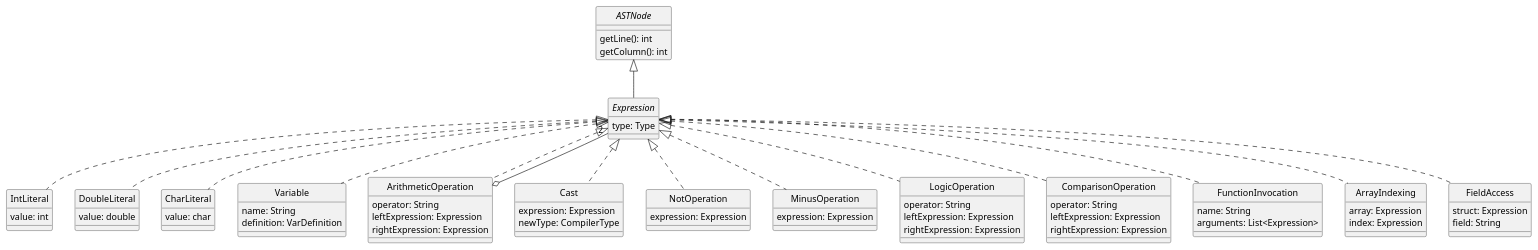
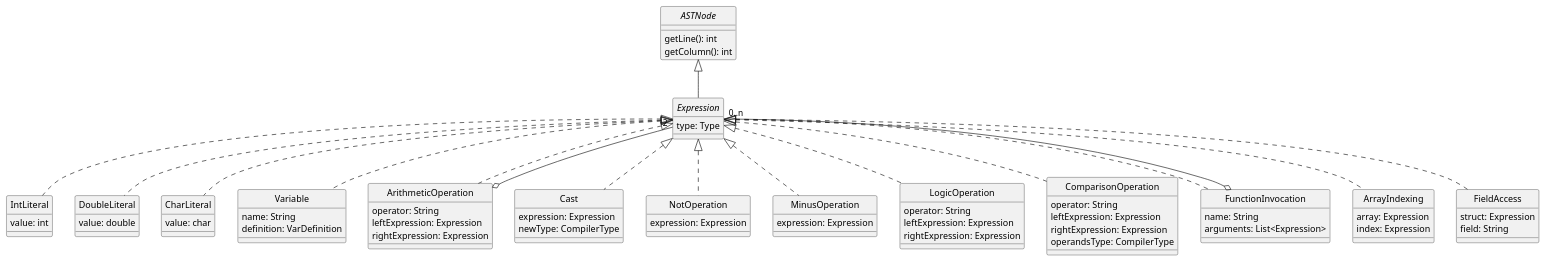
Before and after one commit to DavidGonzalezFernandez/dlp-compiler: the diagram in docs/diagrams/expressions.plantuml, drawn with PlantUML. The commit also changed 5 other files, not shown here.

```diff
--- a/docs/diagrams/expressions.plantuml
+++ b/docs/diagrams/expressions.plantuml
@@ -1,115 +1,117 @@
 @startuml Expressions
 skinparam style strictuml
 skinparam monochrome true
 
 
 interface ASTNode {
     getLine(): int
     getColumn(): int
 }
 
 interface Expression {
     type: Type
 }
 ASTNode <|-- Expression
 
 
 class IntLiteral {
     value: int
 }
 Expression <|.. IntLiteral
 
 
 class DoubleLiteral {
     value: double
 }
 Expression <|.. DoubleLiteral
 
 
 class CharLiteral {
     value: char
 }
 Expression <|.. CharLiteral
 
 
 class Variable {
     name: String
     definition: VarDefinition
 }
 Expression <|.. Variable
 
 
 class ArithmeticOperation {
     operator: String
     leftExpression: Expression
     rightExpression: Expression
 }
 Expression <|.. ArithmeticOperation
 ArithmeticOperation o-- "2" Expression
 
 
 ' La conversión explícita a tipos simples se podrá realizar usando la palabra clave as
 class Cast {
     expression: Expression
     newType: CompilerType   /'Tiene que ser de tipo simple'/
 }
 Expression <|.. Cast
 
 
 ' Las operaciones NOT y MINUS no se ponen en la misma clase
 class NotOperation {
     ' No necesita especificar el operador
     expression: Expression
 }
 Expression <|.. NotOperation
 
 
 class MinusOperation {
     ' No necesita especificar el operador
     expression: Expression
 }
 Expression <|.. MinusOperation
 
 
 ' Operaciones de comparación y lógicas no son iguales
 class LogicOperation {
     operator: String
     leftExpression: Expression
     rightExpression: Expression
 }
 Expression <|.. LogicOperation
 
 
 class ComparisonOperation {
     operator: String
     leftExpression: Expression
     rightExpression: Expression
+    operandsType: CompilerType
 }
 Expression <|.. ComparisonOperation
 
 
 ' Una función puede no devolver nada, tiene tipo de retorno Void
 ' Se puede invocar a una función y no almacenar lo que devuelve
 ' Sea como sea, devuelve algo, así que es una expresión
 class FunctionInvocation {
     name: String
     arguments: List<Expression>
 }
 Expression <|.. FunctionInvocation
+FunctionInvocation o-- "0..n" Expression
 
 
 class ArrayIndexing {
     array: Expression       /'TODO qué tipo es'/
     index: Expression
 }
 Expression <|.. ArrayIndexing
 
 
 class FieldAccess {
     struct: Expression      /'TODO qué tipo es'/
     field: String
 }
 Expression <|.. FieldAccess
 
 
 @enduml
```
